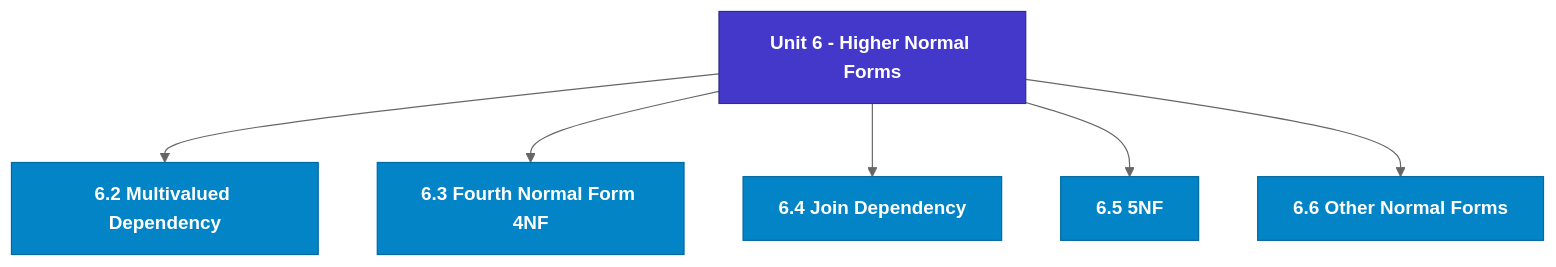
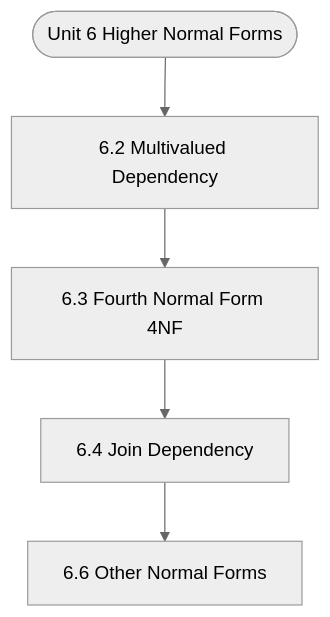
The diagram in notes/Semester_1/MCS-207_Database_Management_Systems/unit_06_Higher_Normal_Forms.md (Asutosh-Coaching/mscdsa), drawn with Mermaid (neutral theme) before and after one commit. The commit also changed other lines of this file and 115 other files, not shown here.

Commit message:
Fix Mermaid layout for mobile, isolate LaTeX delimiters, and add GitHub Pages reader

````diff
--- a/notes/Semester_1/MCS-207_Database_Management_Systems/unit_06_Higher_Normal_Forms.md
+++ b/notes/Semester_1/MCS-207_Database_Management_Systems/unit_06_Higher_Normal_Forms.md
@@ -19,19 +19,12 @@
 ```mermaid
 flowchart TD
-  %% Styling Definitions
-  classDef head fill:#4338ca,stroke:#312e81,color:#ffffff,font-weight:bold;
-  classDef topic fill:#0284c7,stroke:#0369a1,color:#ffffff,font-weight:600;
-  classDef sub fill:#1e293b,stroke:#475569,color:#f8fafc;
-
-  Root["Unit 6 - Higher Normal Forms"]:::head
-  M1["6.2 Multivalued Dependency"]:::topic
-  Root --> M1
-  M2["6.3 Fourth Normal Form 4NF"]:::topic
-  Root --> M2
-  M3["6.4 Join Dependency"]:::topic
-  Root --> M3
-  M4["6.5 5NF"]:::topic
-  Root --> M4
-  M5["6.6 Other Normal Forms"]:::topic
-  Root --> M5
+  Start(["Unit 6 Higher Normal Forms"])
+  N1["6.2 Multivalued Dependency"]
+  N2["6.3 Fourth Normal Form 4NF"]
+  N3["6.4 Join Dependency"]
+  N4["6.6 Other Normal Forms"]
+  Start --> N1
+  N1 --> N2
+  N2 --> N3
+  N3 --> N4
 ```
````
